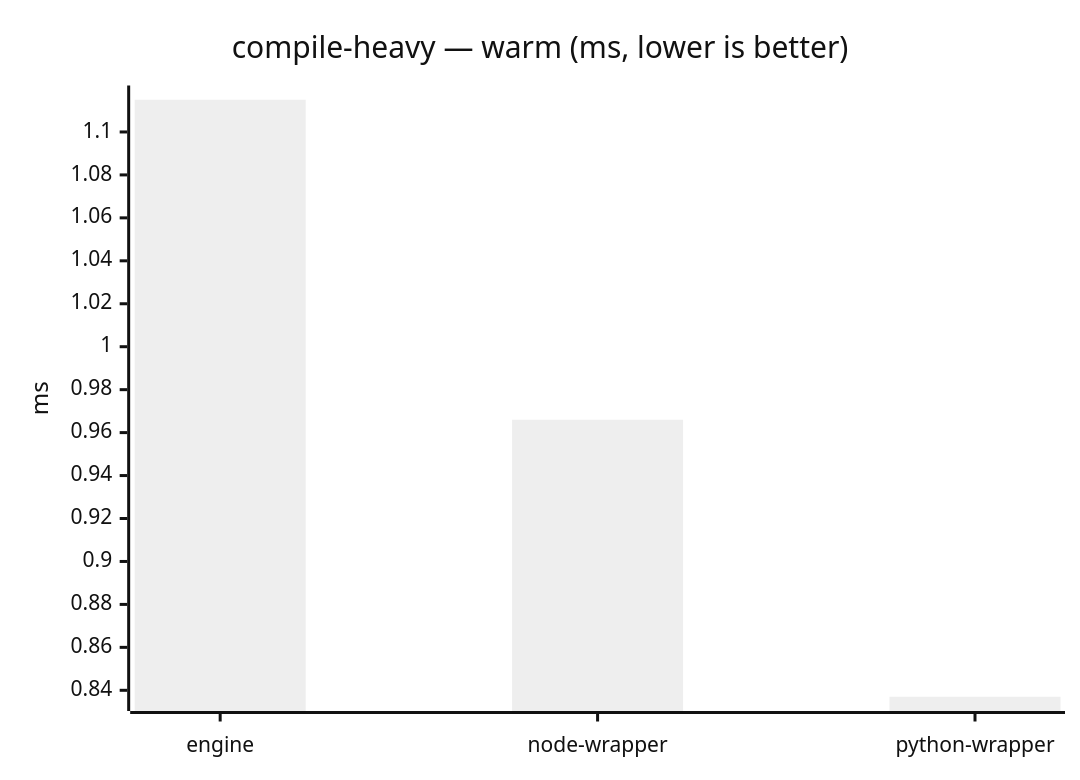
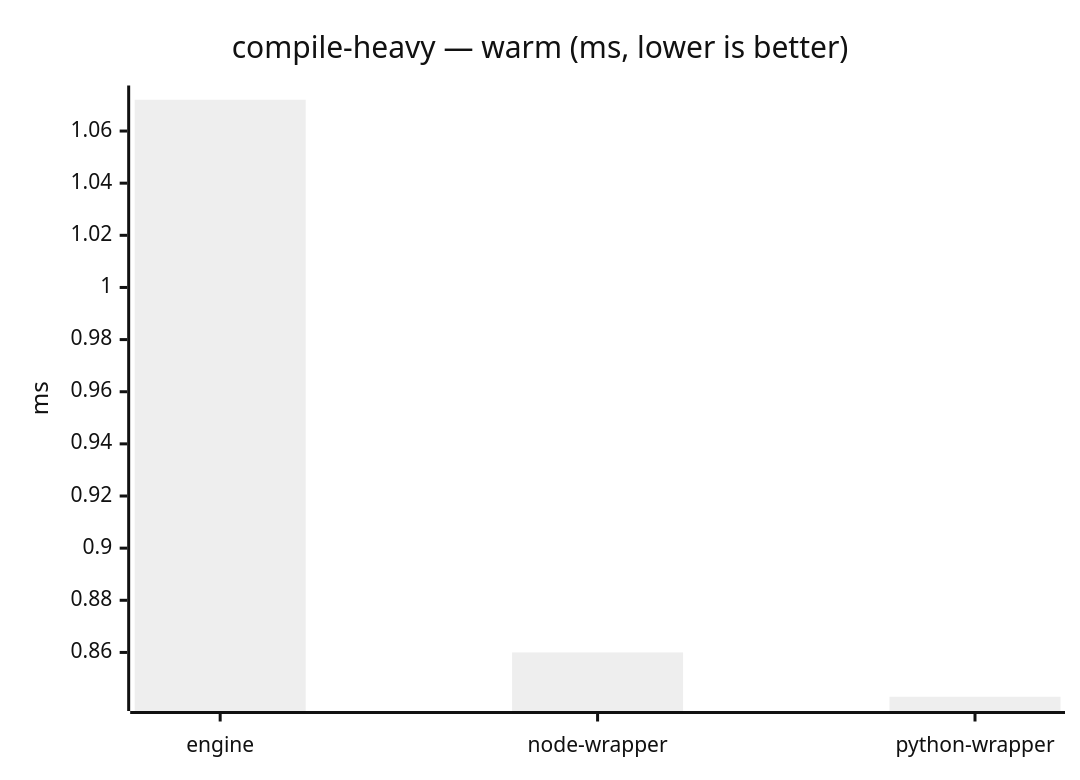
One commit to mulesoft/data-weave-cli changed diagram 15 of 23 in benchmarks/report/RESULTS.md. Above: the diagram before and after it, drawn with Mermaid (neutral theme). The commit also changed other lines of this file, not shown here.

````diff
--- a/benchmarks/report/RESULTS.md
+++ b/benchmarks/report/RESULTS.md
@@ -168,7 +168,7 @@
 ```mermaid
 xychart-beta
     title "compile-heavy — warm (ms, lower is better)"
     x-axis ["engine", "node-wrapper", "python-wrapper"]
     y-axis "ms"
-    bar [1.115, 0.966, 0.837]
+    bar [1.072, 0.86, 0.843]
 ```
````
